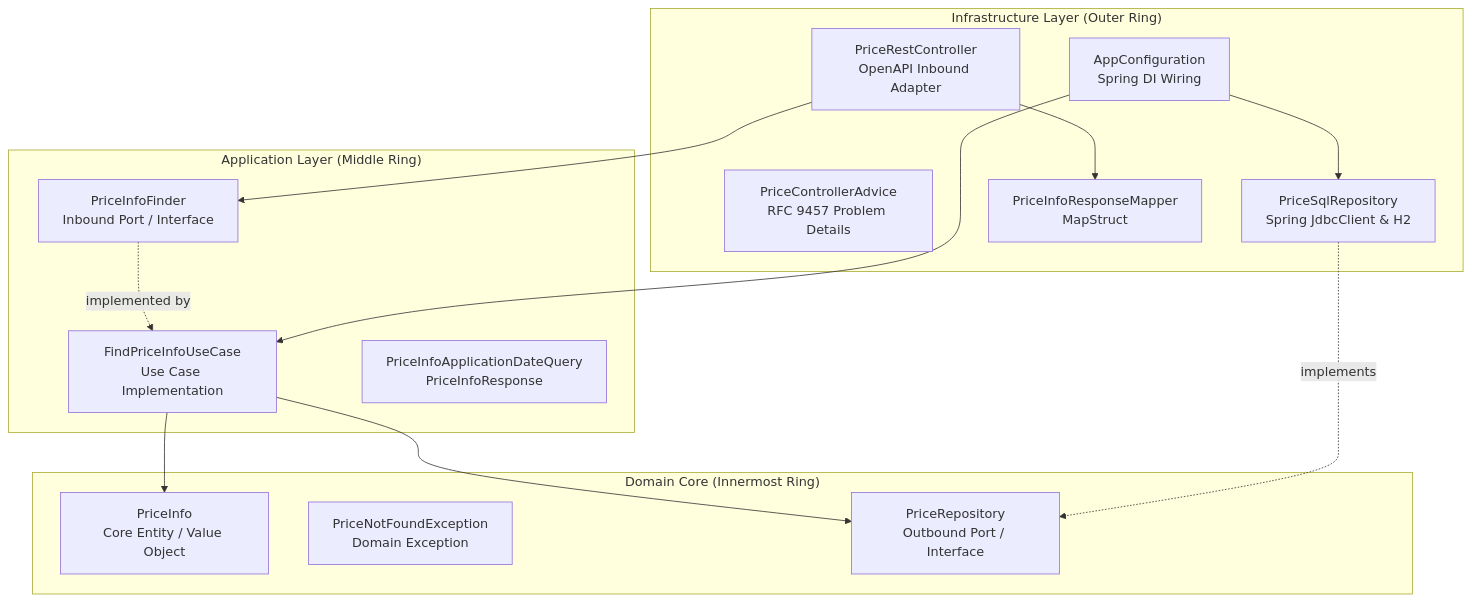
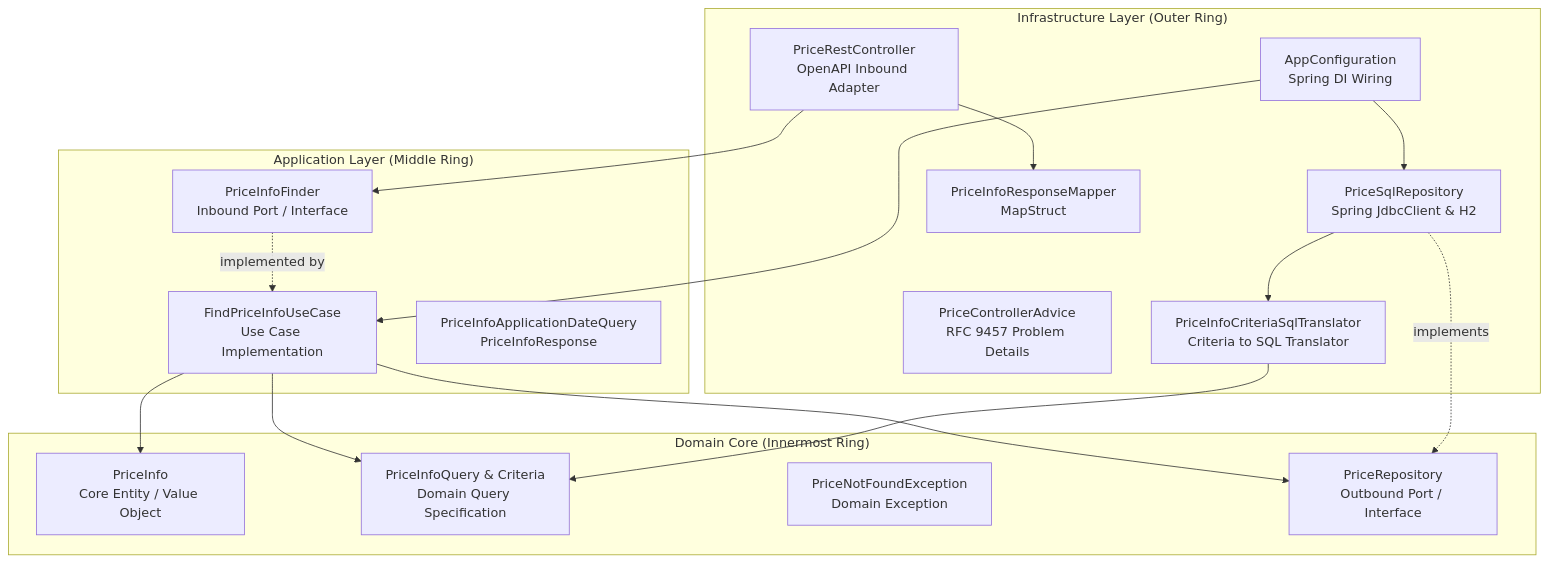
Before and after one commit to agomezlucena/price-service: the diagram in README.md, drawn with Mermaid. The commit also changed other lines of this file, not shown here.

Commit message:
docs: update README to include domain query criteria, SQL translation, and expanded test descriptions

````diff
--- a/README.md
+++ b/README.md
@@ -11,31 +11,36 @@
 ```mermaid
 graph TD
     subgraph Infrastructure ["Infrastructure Layer (Outer Ring)"]
         REST[PriceRestController<br/>OpenAPI Inbound Adapter]
         Advice[PriceControllerAdvice<br/>RFC 9457 Problem Details]
         SQLRepo[PriceSqlRepository<br/>Spring JdbcClient & H2]
+        SqlTranslator[PriceInfoCriteriaSqlTranslator<br/>Criteria to SQL Translator]
         Mapper[PriceInfoResponseMapper<br/>MapStruct]
         Config[AppConfiguration<br/>Spring DI Wiring]
     end
 
     subgraph Application ["Application Layer (Middle Ring)"]
         Finder[PriceInfoFinder<br/>Inbound Port / Interface]
         UseCase[FindPriceInfoUseCase<br/>Use Case Implementation]
         DTO[PriceInfoApplicationDateQuery<br/>PriceInfoResponse]
     end
 
     subgraph Domain ["Domain Core (Innermost Ring)"]
         Model[PriceInfo<br/>Core Entity / Value Object]
+        Criteria[PriceInfoQuery & Criteria<br/>Domain Query Specification]
         Exception[PriceNotFoundException<br/>Domain Exception]
         RepoPort[PriceRepository<br/>Outbound Port / Interface]
     end
 
     REST --> Finder
     Finder -. implemented by .-> UseCase
     UseCase --> RepoPort
+    UseCase --> Criteria
     SQLRepo -. implements .-> RepoPort
+    SQLRepo --> SqlTranslator
+    SqlTranslator --> Criteria
     Config --> UseCase
     Config --> SQLRepo
     REST --> Mapper
     UseCase --> Model
 ```
````
